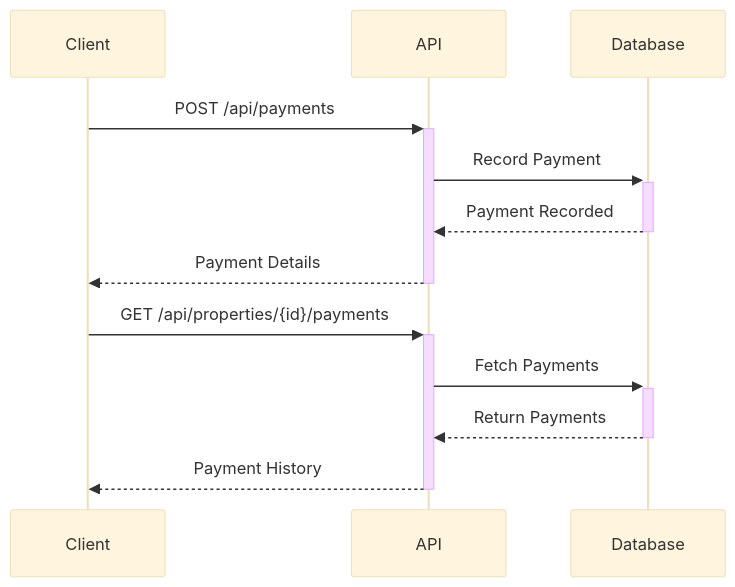
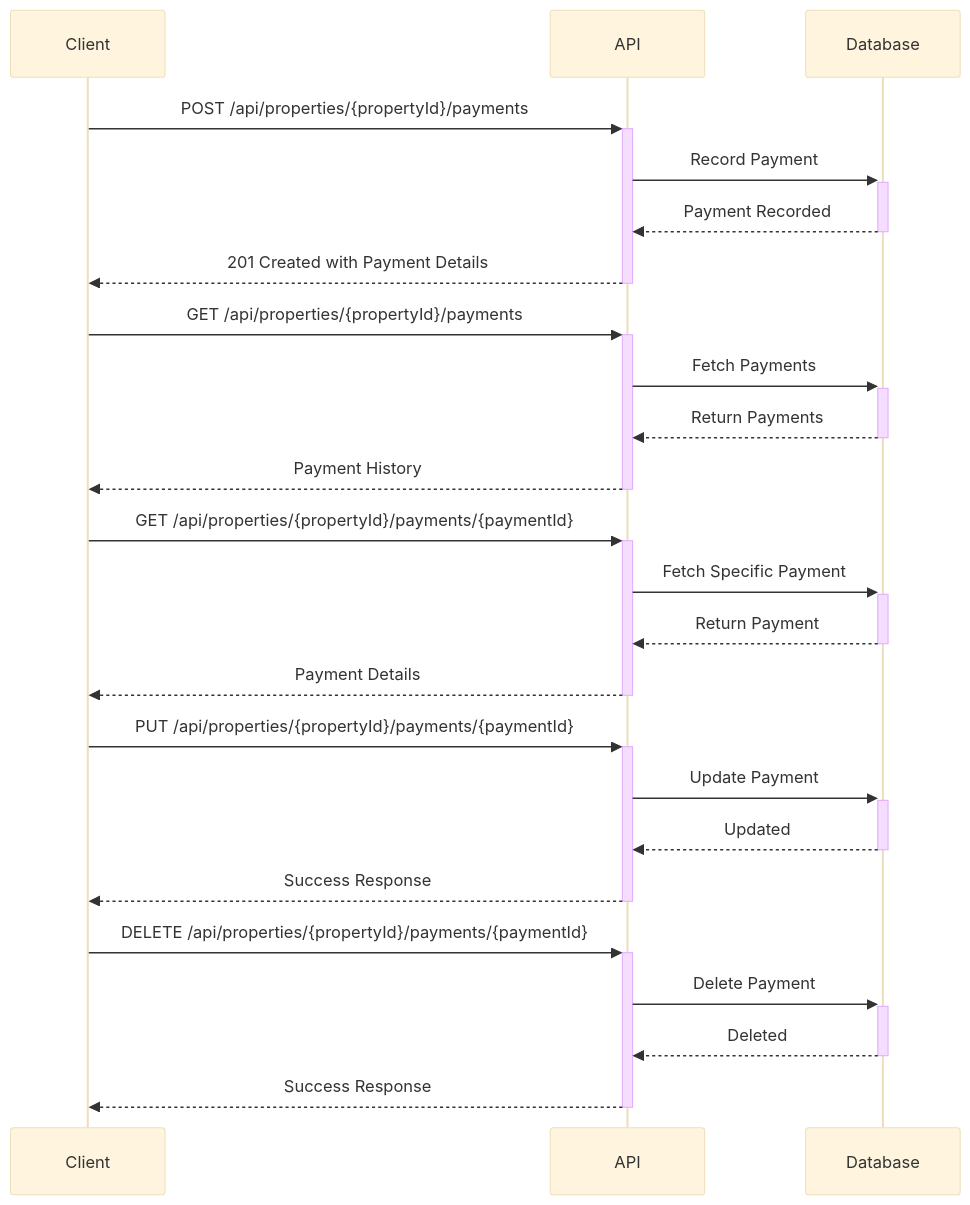
One commit to rohanmarathe567-code/RentTracker changed the fourth of 5 diagrams in README.md. Above: the diagram before and after it, drawn with Mermaid (base theme). The commit also changed other lines of this file and 7 other files, not shown here.

First line of the commit message:
Implement POST endpoint for payments

````diff
--- a/README.md
+++ b/README.md
@@ -194,16 +203,31 @@
 ```mermaid
 sequenceDiagram
     participant Client
     participant API
     participant Database
     
-    Client->>+API: POST /api/payments
+    Client->>+API: POST /api/properties/{propertyId}/payments
     API->>+Database: Record Payment
     Database-->>-API: Payment Recorded
-    API-->>-Client: Payment Details
+    API-->>-Client: 201 Created with Payment Details
 
-    Client->>+API: GET /api/properties/{id}/payments
+    Client->>+API: GET /api/properties/{propertyId}/payments
     API->>+Database: Fetch Payments
     Database-->>-API: Return Payments
     API-->>-Client: Payment History
+    
+    Client->>+API: GET /api/properties/{propertyId}/payments/{paymentId}
+    API->>+Database: Fetch Specific Payment
+    Database-->>-API: Return Payment
+    API-->>-Client: Payment Details
+    
+    Client->>+API: PUT /api/properties/{propertyId}/payments/{paymentId}
+    API->>+Database: Update Payment
+    Database-->>-API: Updated
+    API-->>-Client: Success Response
+    
+    Client->>+API: DELETE /api/properties/{propertyId}/payments/{paymentId}
+    API->>+Database: Delete Payment
+    Database-->>-API: Deleted
+    API-->>-Client: Success Response
 ```
````
